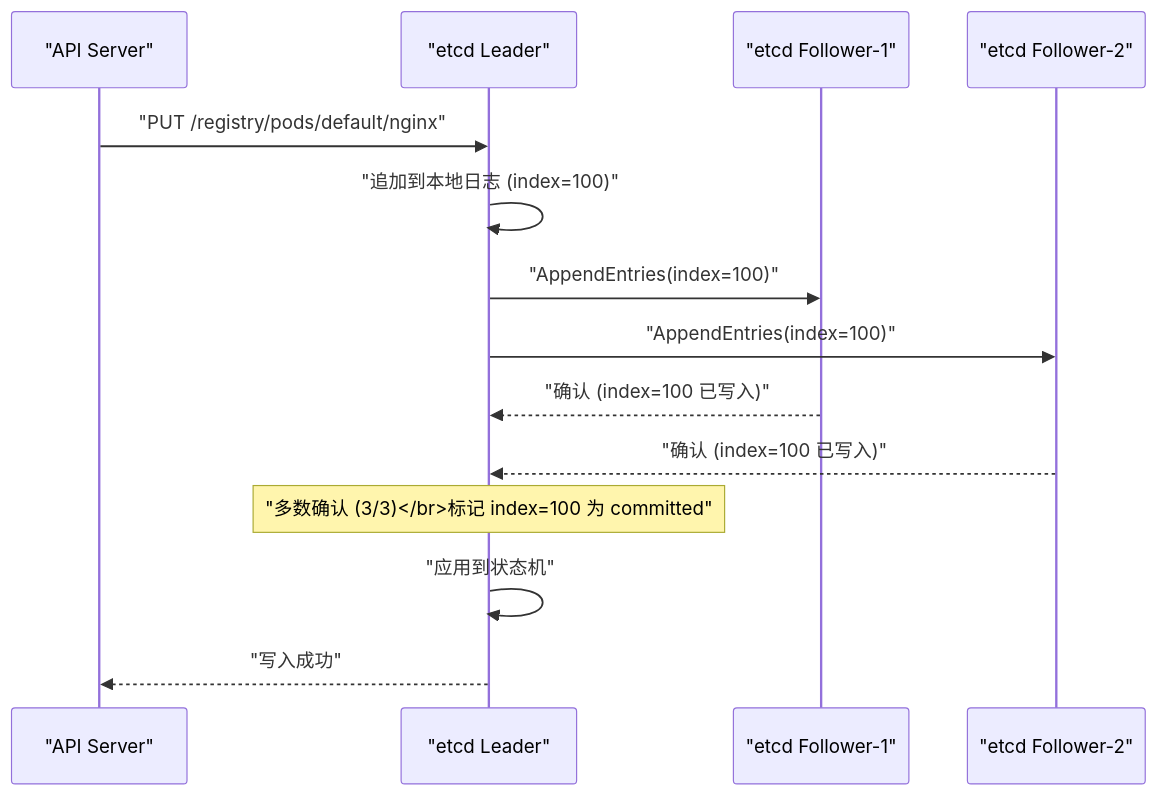
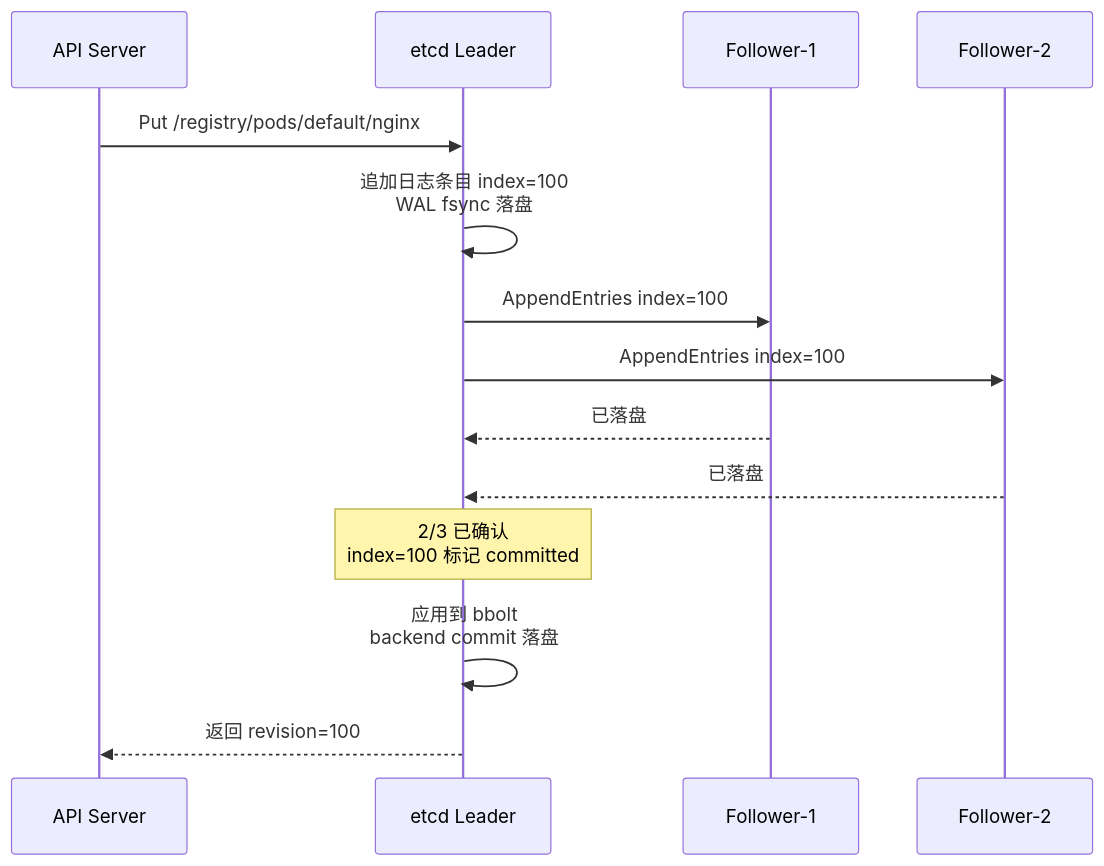
The second of 7 diagrams in content/云原生/Kubernetes/kubernetes架构原则和对象设计/06 etcd 与 Kubernetes 的状态存储.md (hpliStartAgain/my-brain), drawn with Mermaid before and after one commit. The commit also changed other lines of this file and 24 other files, not shown here.

````diff
--- a/content/云原生/Kubernetes/kubernetes架构原则和对象设计/06 etcd 与 Kubernetes 的状态存储.md
+++ b/content/云原生/Kubernetes/kubernetes架构原则和对象设计/06 etcd 与 Kubernetes 的状态存储.md
@@ -85,18 +120,18 @@
 ```mermaid
 %%{init: {'theme': 'dracula'}}%%
 sequenceDiagram
-    participant Client as "API Server"
-    participant Leader as "etcd Leader"
-    participant F1 as "etcd Follower-1"
-    participant F2 as "etcd Follower-2"
+    participant C as API Server
+    participant L as etcd Leader
+    participant F1 as Follower-1
+    participant F2 as Follower-2
 
-    Client->>Leader: "PUT /registry/pods/default/nginx"
-    Leader->>Leader: "追加到本地日志 (index=100)"
-    Leader->>F1: "AppendEntries(index=100)"
-    Leader->>F2: "AppendEntries(index=100)"
-    F1-->>Leader: "确认 (index=100 已写入)"
-    F2-->>Leader: "确认 (index=100 已写入)"
-    Note over Leader: "多数确认 (3/3)</br>标记 index=100 为 committed"
-    Leader->>Leader: "应用到状态机"
-    Leader-->>Client: "写入成功"
+    C->>L: Put /registry/pods/default/nginx
+    L->>L: 追加日志条目 index=100<br/>WAL fsync 落盘
+    L->>F1: AppendEntries index=100
+    L->>F2: AppendEntries index=100
+    F1-->>L: 已落盘
+    F2-->>L: 已落盘
+    Note over L: 2/3 已确认<br/>index=100 标记 committed
+    L->>L: 应用到 bbolt<br/>backend commit 落盘
+    L-->>C: 返回 revision=100
 ```
````
